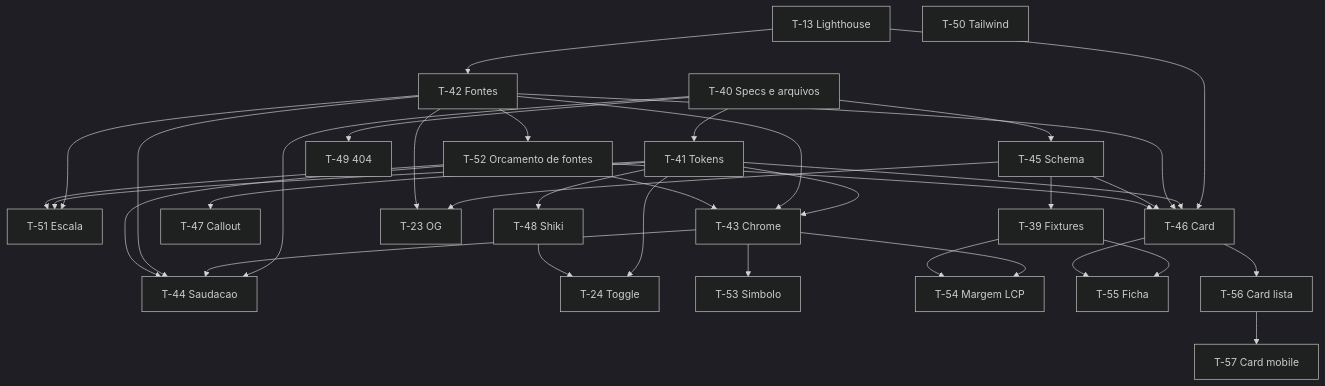
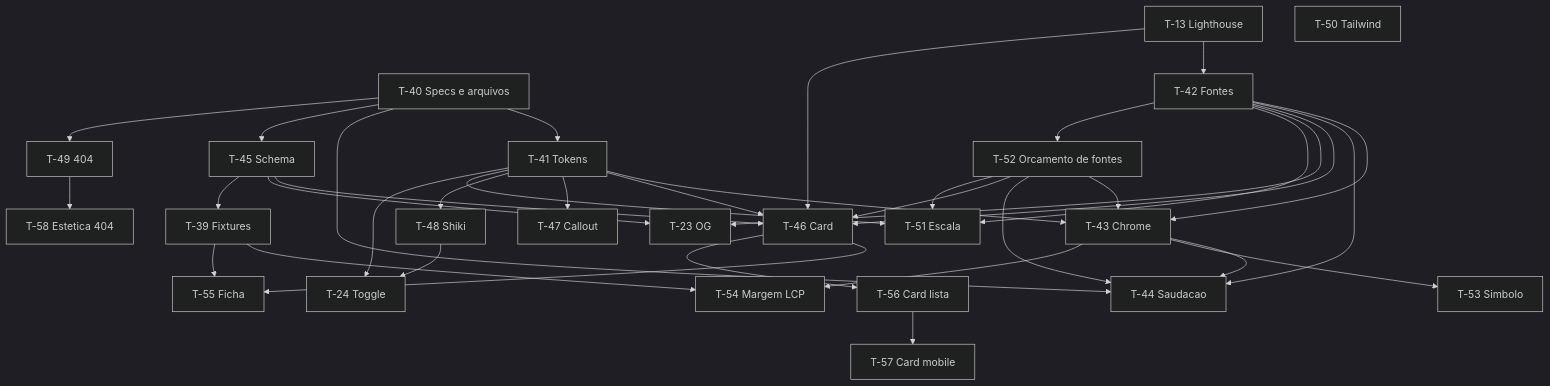
Before and after one commit to Pedroknoll/blog_pedro-knoll: the second of 2 diagrams in specs/ROADMAP.md, drawn with Mermaid (dark theme). The commit also changed other lines of this file and 10 other files, not shown here.

````diff
--- a/specs/ROADMAP.md
+++ b/specs/ROADMAP.md
@@ -86,59 +86,61 @@
 ```mermaid
 flowchart TD
   T40[T-40 Specs e arquivos]
   T41[T-41 Tokens]
   T13[T-13 Lighthouse]
   T42[T-42 Fontes]
   T51[T-51 Escala]
   T52[T-52 Orcamento de fontes]
   T43[T-43 Chrome]
   T44[T-44 Saudacao]
   T45[T-45 Schema]
   T46[T-46 Card]
   T47[T-47 Callout]
   T48[T-48 Shiki]
   T49[T-49 404]
   T50[T-50 Tailwind]
   T23[T-23 OG]
   T24[T-24 Toggle]
   T39[T-39 Fixtures]
   T53[T-53 Simbolo]
   T54[T-54 Margem LCP]
   T55[T-55 Ficha]
   T56[T-56 Card lista]
   T57[T-57 Card mobile]
+  T58[T-58 Estetica 404]
   T40 --> T41
   T40 --> T44
   T40 --> T45
   T40 --> T49
   T13 --> T42
   T41 --> T43
   T42 --> T43
   T43 --> T44
   T42 --> T44
   T13 --> T46
   T41 --> T46
   T42 --> T46
   T45 --> T46
   T41 --> T47
   T41 --> T48
   T45 --> T23
   T42 --> T23
   T42 --> T51
   T41 --> T51
   T42 --> T52
   T52 --> T43
   T52 --> T44
   T52 --> T46
   T52 --> T51
   T45 --> T39
   T41 --> T24
   T48 --> T24
   T43 --> T53
   T43 --> T54
   T39 --> T54
   T39 --> T55
   T46 --> T55
   T46 --> T56
   T56 --> T57
+  T49 --> T58
 ```
````
